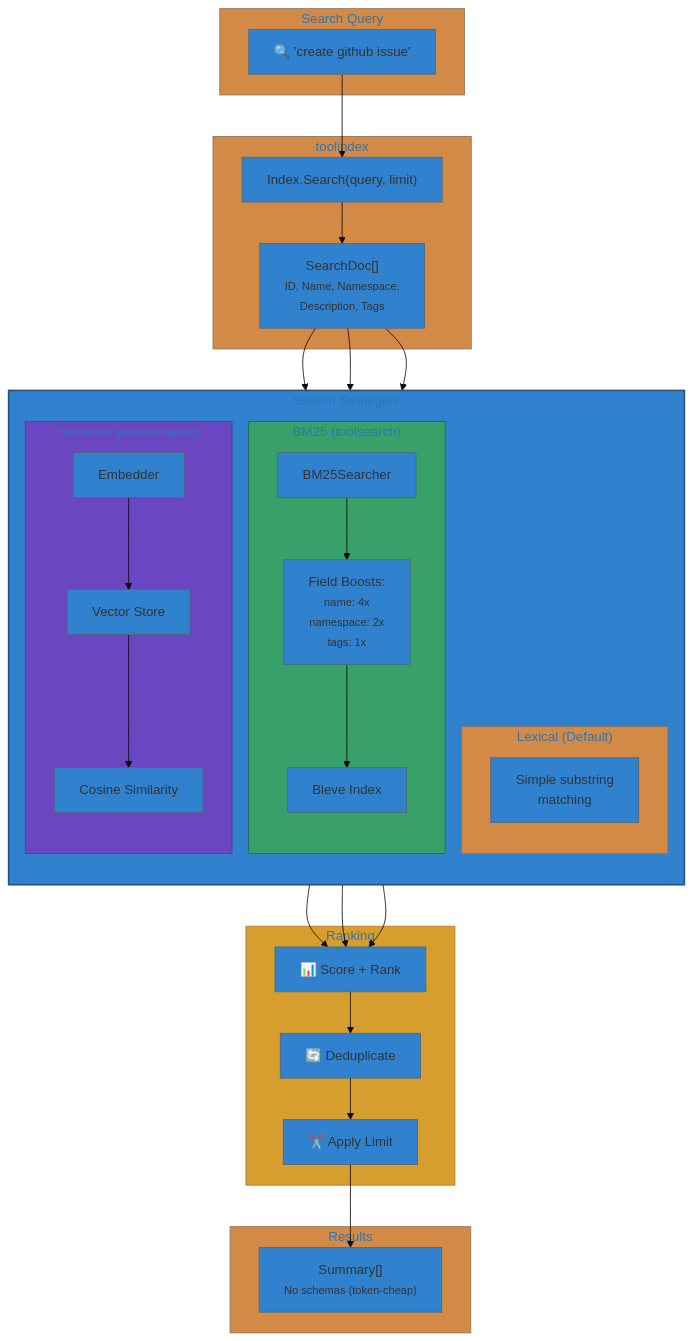
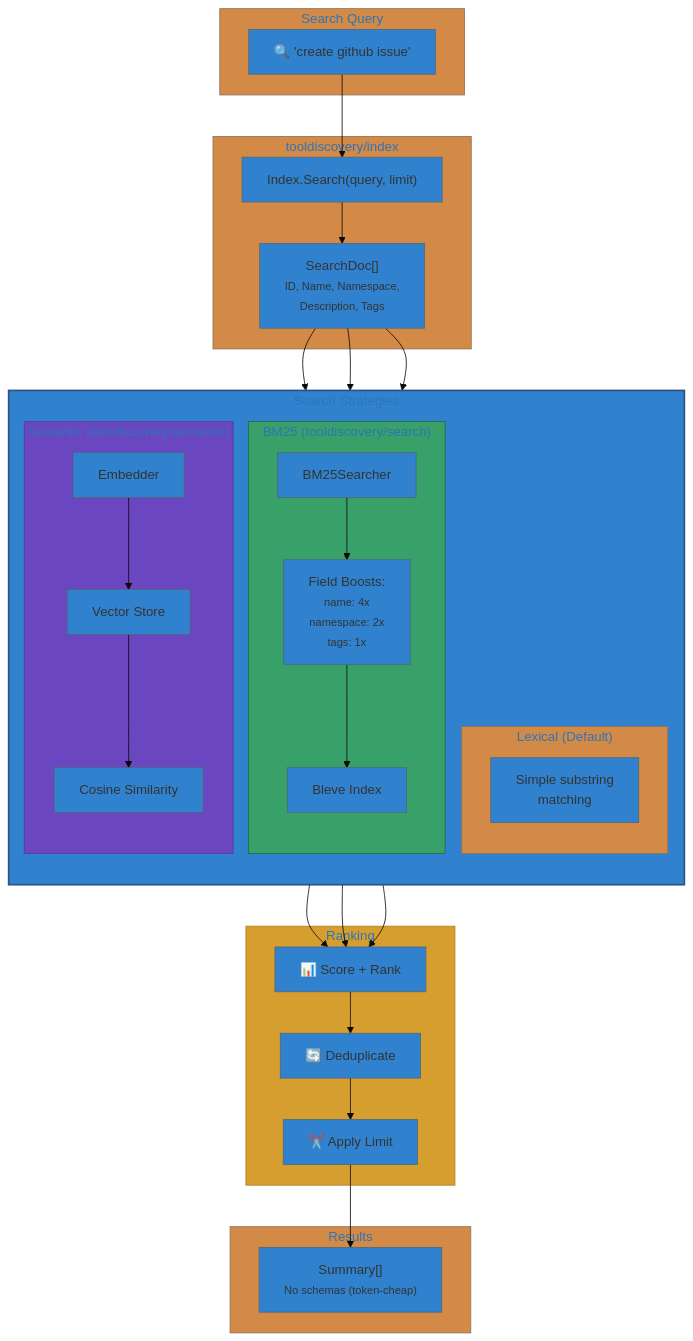
One commit to jonwraymond/ai-tools-stack changed the fifth of 7 diagrams in docs/architecture/overview.md. Above: the diagram before and after it, drawn with Mermaid. The commit also changed other lines of this file and 30 other files, not shown here.

````diff
--- a/docs/architecture/overview.md
+++ b/docs/architecture/overview.md
@@ -251,60 +232,60 @@
 ```mermaid
 %%{init: {'theme': 'base', 'themeVariables': {'primaryColor': '#3182ce'}}}%%
 flowchart TB
     subgraph query["Search Query"]
         Input["🔍 'create github issue'"]
     end
 
-    subgraph index["toolindex"]
+    subgraph index["tooldiscovery/index"]
         Search["Index.Search(query, limit)"]
         Docs["SearchDoc[]<br/><small>ID, Name, Namespace,<br/>Description, Tags</small>"]
     end
 
     subgraph strategies["Search Strategies"]
         direction TB
 
         subgraph lexical["Lexical (Default)"]
             Simple["Simple substring<br/>matching"]
         end
 
-        subgraph bm25["BM25 (toolsearch)"]
+        subgraph bm25["BM25 (tooldiscovery/search)"]
             BM["BM25Searcher"]
             Boosts["Field Boosts:<br/><small>name: 4x<br/>namespace: 2x<br/>tags: 1x</small>"]
             Bleve["Bleve Index"]
         end
 
-        subgraph semantic["Semantic (toolsemantic)"]
+        subgraph semantic["Semantic (tooldiscovery/semantic)"]
             Embed["Embedder"]
             Vector["Vector Store"]
             Similarity["Cosine Similarity"]
         end
     end
 
     subgraph ranking["Ranking"]
         Score["📊 Score + Rank"]
         Dedup["🔄 Deduplicate"]
         Limit["✂️ Apply Limit"]
     end
 
     subgraph output["Results"]
         Results["Summary[]<br/><small>No schemas (token-cheap)</small>"]
     end
 
     Input --> Search
     Search --> Docs
 
     Docs --> Simple
     Docs --> BM --> Boosts --> Bleve
     Docs --> Embed --> Vector --> Similarity
 
     Simple --> Score
     Bleve --> Score
     Similarity --> Score
 
     Score --> Dedup --> Limit --> Results
 
     style strategies fill:#3182ce,stroke:#2c5282,stroke-width:2px
     style bm25 fill:#38a169,stroke:#276749
     style semantic fill:#6b46c1,stroke:#553c9a
     style ranking fill:#d69e2e,stroke:#b7791f
 ```
````
